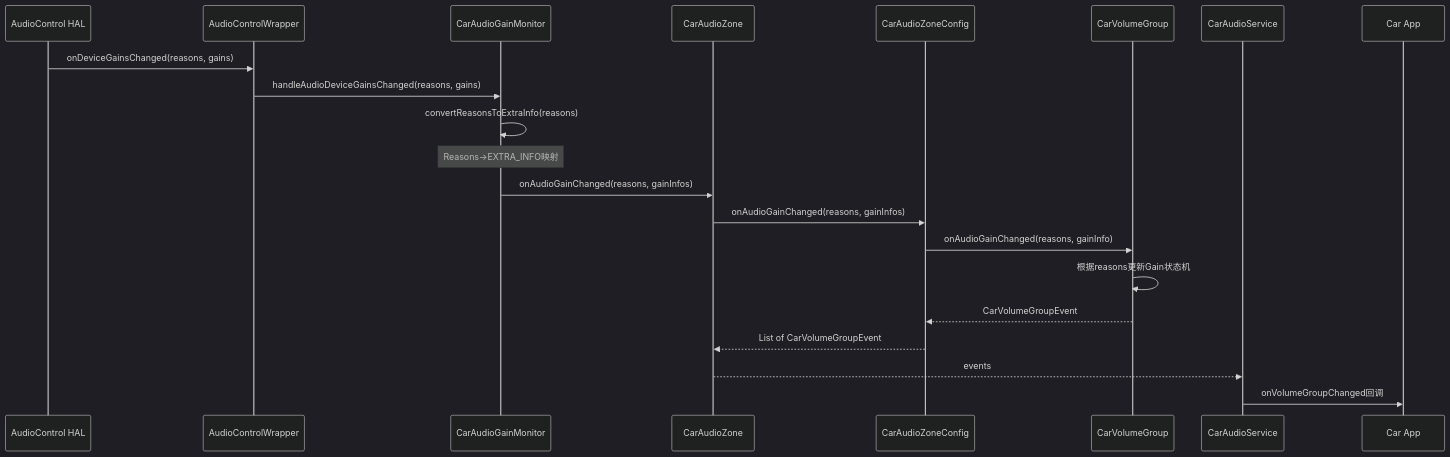
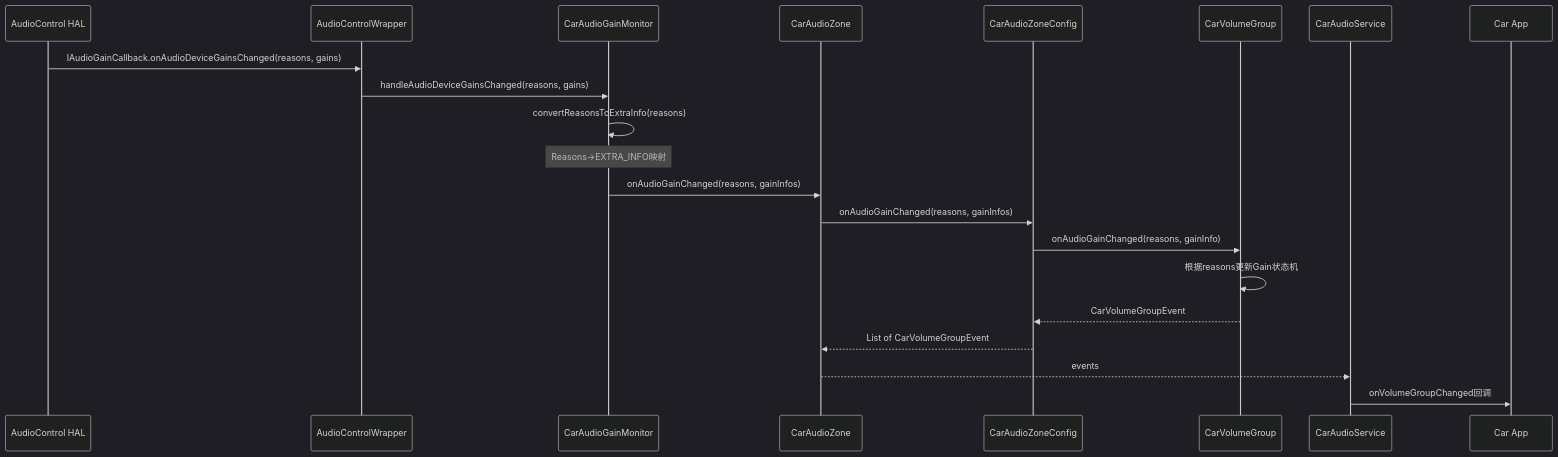
Before and after one commit to yanglinzhen1022/SA8295_AAOS_QNX_Audio_KnowledgeBase: the fifth of 8 diagrams in 09_AAOS_Car_Audio/09_9.8_AAOS多Zone全栈调用链.md, drawn with Mermaid (dark theme). The commit also changed other lines of this file and 16 other files, not shown here.

````diff
--- a/09_AAOS_Car_Audio/09_9.8_AAOS多Zone全栈调用链.md
+++ b/09_AAOS_Car_Audio/09_9.8_AAOS多Zone全栈调用链.md
@@ -250,23 +265,23 @@
 ```mermaid
 sequenceDiagram
     participant HAL as AudioControl HAL
     participant ACW as AudioControlWrapper
     participant CGM as CarAudioGainMonitor
     participant CZ as CarAudioZone
     participant CZC as CarAudioZoneConfig
     participant CVG as CarVolumeGroup
     participant CAS as CarAudioService
     participant App as Car App
-    HAL->>ACW: onDeviceGainsChanged(reasons, gains)
+    HAL->>ACW: IAudioGainCallback.onAudioDeviceGainsChanged(reasons, gains)
     ACW->>CGM: handleAudioDeviceGainsChanged(reasons, gains)
     CGM->>CGM: convertReasonsToExtraInfo(reasons)
     Note over CGM: Reasons→EXTRA_INFO映射
     CGM->>CZ: onAudioGainChanged(reasons, gainInfos)
     CZ->>CZC: onAudioGainChanged(reasons, gainInfos)
     CZC->>CVG: onAudioGainChanged(reasons, gainInfo)
     CVG->>CVG: 根据reasons更新Gain状态机
     CVG-->>CZC: CarVolumeGroupEvent
     CZC-->>CZ: List of CarVolumeGroupEvent
     CZ-->>CAS: events
     CAS->>App: onVolumeGroupChanged回调
 ```
````
